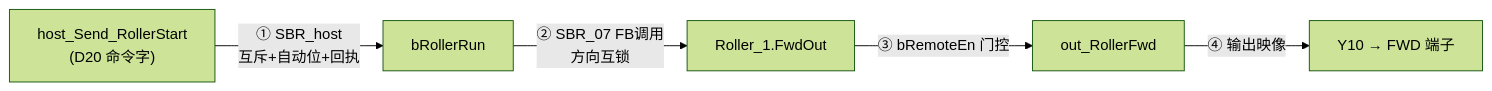
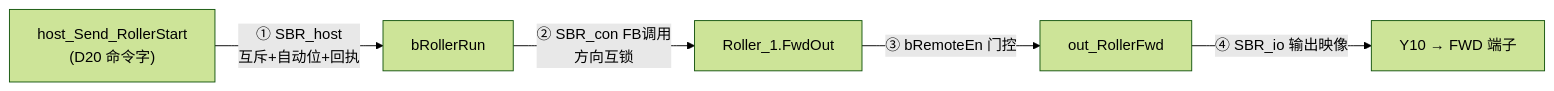
Before and after one commit to TReaur1/ELE: the second of 4 diagrams in 辊筒上位机工程/工程解读.md, drawn with Mermaid (forest theme). The commit also changed other lines of this file and 15 other files, not shown here.

Commit message:
v1.4.3: SBR四模块架构重组(io/con/host/status) 零遗漏证明+SBR_00纠偏+解读同步

````diff
--- a/辊筒上位机工程/工程解读.md
+++ b/辊筒上位机工程/工程解读.md
@@ -109,7 +109,7 @@
 ```mermaid
 graph LR
     A["host_Send_RollerStart<br/>(D20 命令字)"] -->|"① SBR_host<br/>互斥+自动位+回执"| B["bRollerRun"]
-    B -->|"② SBR_07 FB调用<br/>方向互锁"| C["Roller_1.FwdOut"]
+    B -->|"② SBR_con FB调用<br/>方向互锁"| C["Roller_1.FwdOut"]
     C -->|"③ bRemoteEn 门控"| D["out_RollerFwd"]
-    D -->|"④ 输出映像"| E["Y10 → FWD 端子"]
+    D -->|"④ SBR_io 输出映像"| E["Y10 → FWD 端子"]
 ```
````
